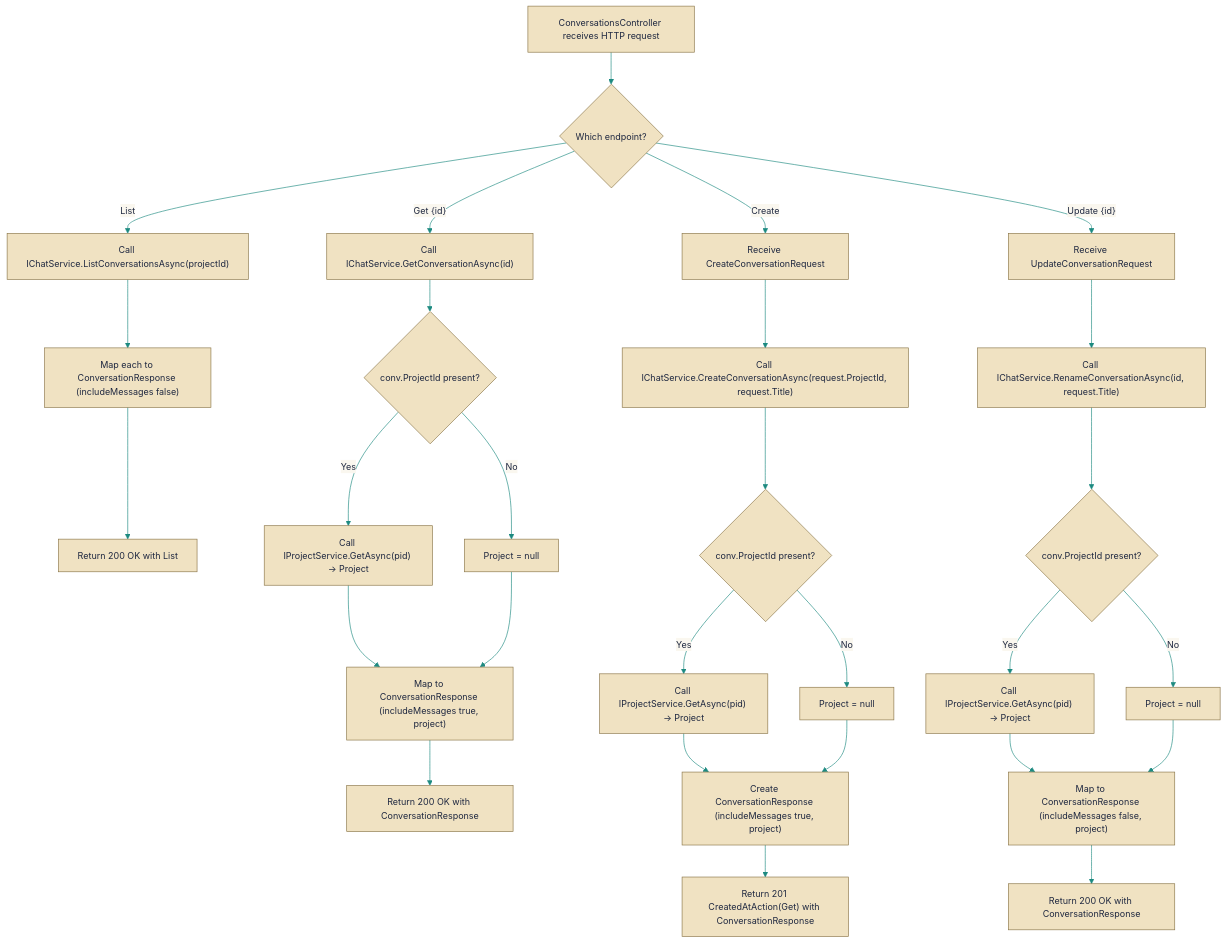
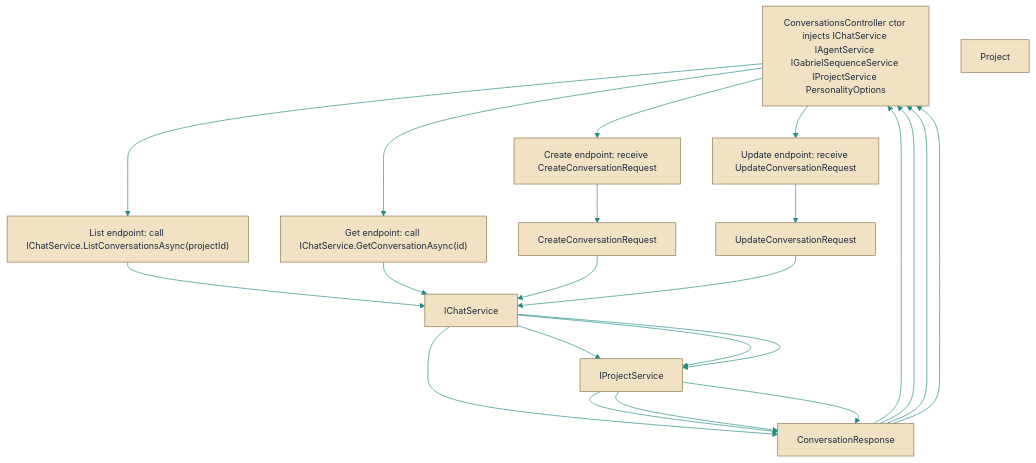
The diagram in docs/auriondocs/Code/src/api/Gabriel.API/Controllers/ConversationsController.cs.md (HueByte/Gabriel), drawn with Mermaid before and after one commit. The commit also changed other lines of this file and 275 other files, not shown here.

````diff
--- a/docs/auriondocs/Code/src/api/Gabriel.API/Controllers/ConversationsController.cs.md
+++ b/docs/auriondocs/Code/src/api/Gabriel.API/Controllers/ConversationsController.cs.md
@@ -8,35 +8,40 @@
 ```mermaid
 %%{init: {'theme':'base','themeVariables':{'background':'#faf7ef','primaryColor':'#f0e2c2','primaryTextColor':'#1f2840','primaryBorderColor':'#8a7548','secondaryColor':'#d9efec','secondaryBorderColor':'#1d8a80','secondaryTextColor':'#1f2840','tertiaryColor':'#f2ebd8','tertiaryBorderColor':'#8a7548','tertiaryTextColor':'#1f2840','lineColor':'#1d8a80','titleColor':'#1f2840','fontSize':'14px','edgeLabelBackground':'#faf7ef','clusterBkg':'#f2ebd8','clusterBorder':'#8a7548','actorBkg':'#f0e2c2','actorBorder':'#8a7548','actorTextColor':'#1f2840','actorLineColor':'#8a7548','signalColor':'#1d8a80','signalTextColor':'#1f2840','activationBkgColor':'#d9efec','activationBorderColor':'#1d8a80','noteBkgColor':'#f2ebd8','noteBorderColor':'#8a7548','noteTextColor':'#1f2840','labelBoxBkgColor':'#f0e2c2','labelBoxBorderColor':'#8a7548','labelTextColor':'#1f2840','transitionColor':'#1d8a80','transitionLabelColor':'#1f2840','stateLabelColor':'#1f2840','altBackground':'#f2ebd8'}}}%%
 flowchart TB
-Start["ConversationsController receives HTTP request"] --> Route{"Which endpoint?"}
+ConversationsController["ConversationsController ctor injects IChatService IAgentService IGabrielSequenceService IProjectService PersonalityOptions"]
+List["List endpoint: call IChatService.ListConversationsAsync(projectId)"]
+Get["Get endpoint: call IChatService.GetConversationAsync(id)"]
+Create["Create endpoint: receive CreateConversationRequest"]
+Update["Update endpoint: receive UpdateConversationRequest"]
+IChatService[IChatService]
+IProjectService[IProjectService]
+ConversationResponse[ConversationResponse]
+CreateConversationRequest[CreateConversationRequest]
+UpdateConversationRequest[UpdateConversationRequest]
+Project[Project]
 
-Route -->|"List"| ListCall["Call IChatService.ListConversationsAsync(projectId)"]
-ListCall --> ListMap["Map each to ConversationResponse (includeMessages false)"]
-ListMap --> ListResp["Return 200 OK with List<ConversationResponse>"]
+ConversationsController --> List
+List --> IChatService
+IChatService --> ConversationResponse
+ConversationResponse --> ConversationsController
 
-Route -->|"Get {id}"| GetCall["Call IChatService.GetConversationAsync(id)"]
-GetCall --> CheckProjGet{"conv.ProjectId present?"}
-CheckProjGet -->|"Yes"| GetProject["Call IProjectService.GetAsync(pid) -> Project"]
-CheckProjGet -->|"No"| NoProjectGet["Project = null"]
-GetProject --> GetMap["Map to ConversationResponse (includeMessages true, project)"]
-NoProjectGet --> GetMap
-GetMap --> GetResp["Return 200 OK with ConversationResponse"]
+ConversationsController --> Get
+Get --> IChatService
+IChatService --> IProjectService
+IProjectService --> ConversationResponse
+ConversationResponse --> ConversationsController
 
-Route -->|"Create"| CreateReq["Receive CreateConversationRequest"]
-CreateReq --> CreateCall["Call IChatService.CreateConversationAsync(request.ProjectId, request.Title)"]
-CreateCall --> CheckProjCreate{"conv.ProjectId present?"}
-CheckProjCreate -->|"Yes"| GetProjectCreate["Call IProjectService.GetAsync(pid) -> Project"]
-CheckProjCreate -->|"No"| NoProjectCreate["Project = null"]
-GetProjectCreate --> CreateMap["Create ConversationResponse (includeMessages true, project)"]
-NoProjectCreate --> CreateMap
-CreateMap --> CreatedResp["Return 201 CreatedAtAction(Get) with ConversationResponse"]
+ConversationsController --> Create
+Create --> CreateConversationRequest
+CreateConversationRequest --> IChatService
+IChatService --> IProjectService
+IProjectService --> ConversationResponse
+ConversationResponse --> ConversationsController
 
-Route -->|"Update {id}"| UpdateReq["Receive UpdateConversationRequest"]
-UpdateReq --> UpdateCall["Call IChatService.RenameConversationAsync(id, request.Title)"]
-UpdateCall --> CheckProjUpdate{"conv.ProjectId present?"}
-CheckProjUpdate -->|"Yes"| GetProjectUpdate["Call IProjectService.GetAsync(pid) -> Project"]
-CheckProjUpdate -->|"No"| NoProjectUpdate["Project = null"]
-GetProjectUpdate --> UpdateMap["Map to ConversationResponse (includeMessages false, project)"]
-NoProjectUpdate --> UpdateMap
-UpdateMap --> UpdateResp["Return 200 OK with ConversationResponse"]
+ConversationsController --> Update
+Update --> UpdateConversationRequest
+UpdateConversationRequest --> IChatService
+IChatService --> IProjectService
+IProjectService --> ConversationResponse
+ConversationResponse --> ConversationsController
 ```
````
